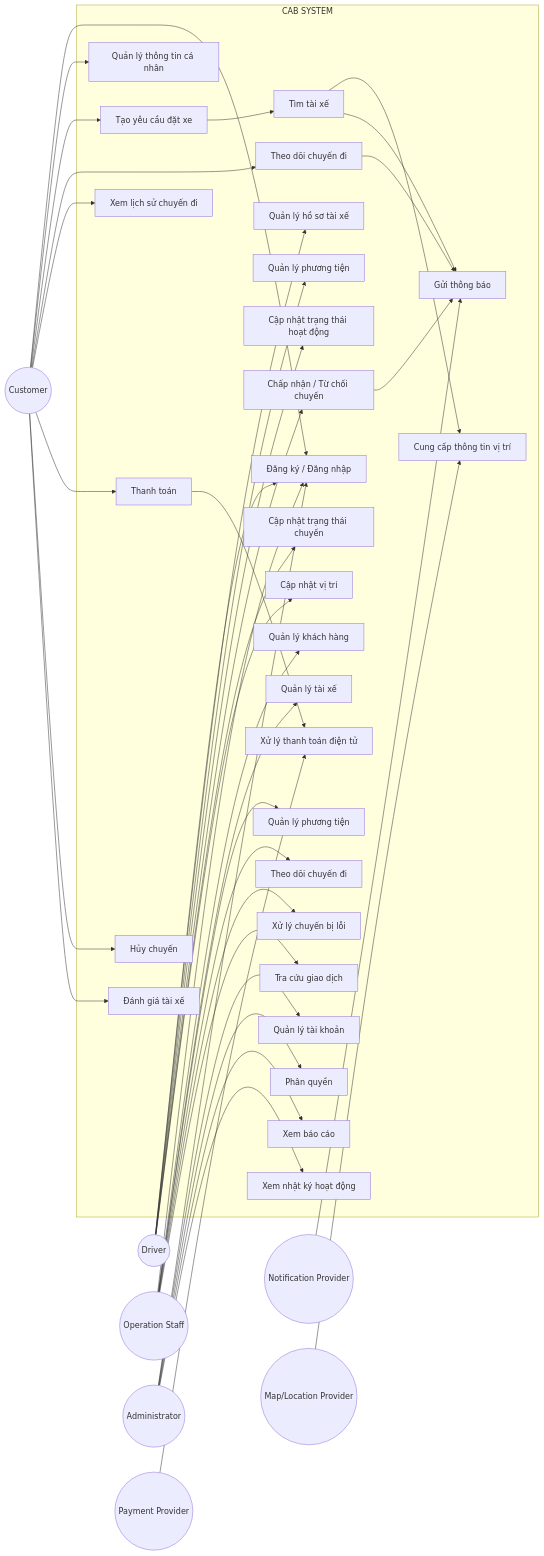
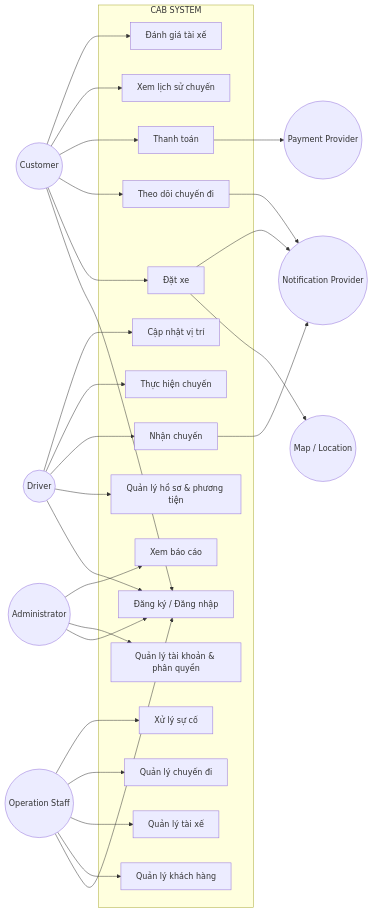
The third of 3 diagrams in srs.md (Phamha0601/23680571_PhamThiThuHa_CabSystem), drawn with Mermaid before and after one commit.

````diff
--- a/srs.md
+++ b/srs.md
@@ -450,87 +450,61 @@
     Driver((Driver))
     Staff((Operation Staff))
     Admin((Administrator))
+
     Payment((Payment Provider))
-    Notification((Notification Provider))
-    Map((Map/Location Provider))
+    Notify((Notification Provider))
+    Map((Map / Location))
 
     subgraph CAB["CAB SYSTEM"]
 
         UC1["Đăng ký / Đăng nhập"]
-        UC2["Quản lý thông tin cá nhân"]
+        UC2["Đặt xe"]
+        UC3["Theo dõi chuyến đi"]
+        UC4["Thanh toán"]
+        UC5["Xem lịch sử chuyến"]
+        UC6["Đánh giá tài xế"]
 
-        UC3["Tạo yêu cầu đặt xe"]
-        UC4["Tìm tài xế"]
-        UC5["Theo dõi chuyến đi"]
-        UC6["Xem lịch sử chuyến đi"]
-        UC7["Thanh toán"]
-        UC8["Hủy chuyến"]
-        UC9["Đánh giá tài xế"]
+        UC7["Quản lý hồ sơ & phương tiện"]
+        UC8["Nhận chuyến"]
+        UC9["Thực hiện chuyến"]
+        UC10["Cập nhật vị trí"]
 
-        UC10["Quản lý hồ sơ tài xế"]
-        UC11["Quản lý phương tiện"]
-        UC12["Cập nhật trạng thái hoạt động"]
-        UC13["Chấp nhận / Từ chối chuyến"]
-        UC14["Cập nhật trạng thái chuyến"]
-        UC15["Cập nhật vị trí"]
+        UC11["Quản lý khách hàng"]
+        UC12["Quản lý tài xế"]
+        UC13["Quản lý chuyến đi"]
+        UC14["Xử lý sự cố"]
 
-        UC16["Quản lý khách hàng"]
-        UC17["Quản lý tài xế"]
-        UC18["Quản lý phương tiện"]
-        UC19["Theo dõi chuyến đi"]
-        UC20["Xử lý chuyến bị lỗi"]
-        UC21["Tra cứu giao dịch"]
-
-        UC22["Quản lý tài khoản"]
-        UC23["Phân quyền"]
-        UC24["Xem báo cáo"]
-        UC25["Xem nhật ký hoạt động"]
-
-        UC26["Xử lý thanh toán điện tử"]
-        UC27["Gửi thông báo"]
-        UC28["Cung cấp thông tin vị trí"]
+        UC15["Quản lý tài khoản & phân quyền"]
+        UC16["Xem báo cáo"]
 
     end
 
     Customer --> UC1
     Customer --> UC2
     Customer --> UC3
+    Customer --> UC4
     Customer --> UC5
     Customer --> UC6
-    Customer --> UC7
-    Customer --> UC8
-    Customer --> UC9
 
     Driver --> UC1
+    Driver --> UC7
+    Driver --> UC8
+    Driver --> UC9
     Driver --> UC10
-    Driver --> UC11
-    Driver --> UC12
-    Driver --> UC13
-    Driver --> UC14
-    Driver --> UC15
 
     Staff --> UC1
-    Staff --> UC16
-    Staff --> UC17
-    Staff --> UC18
-    Staff --> UC19
-    Staff --> UC20
-    Staff --> UC21
+    Staff --> UC11
+    Staff --> UC12
+    Staff --> UC13
+    Staff --> UC14
 
     Admin --> UC1
-    Admin --> UC22
-    Admin --> UC23
-    Admin --> UC24
-    Admin --> UC25
+    Admin --> UC15
+    Admin --> UC16
 
-    Payment --> UC26
-    Notification --> UC27
-    Map --> UC28
-
-    UC3 --> UC4
-    UC4 --> UC28
-    UC4 --> UC27
-    UC7 --> UC26
-    UC5 --> UC27
-    UC13 --> UC27
+    UC2 --> Map
+    UC2 --> Notify
+    UC4 --> Payment
+    UC3 --> Notify
+    UC8 --> Notify
 ```
````
